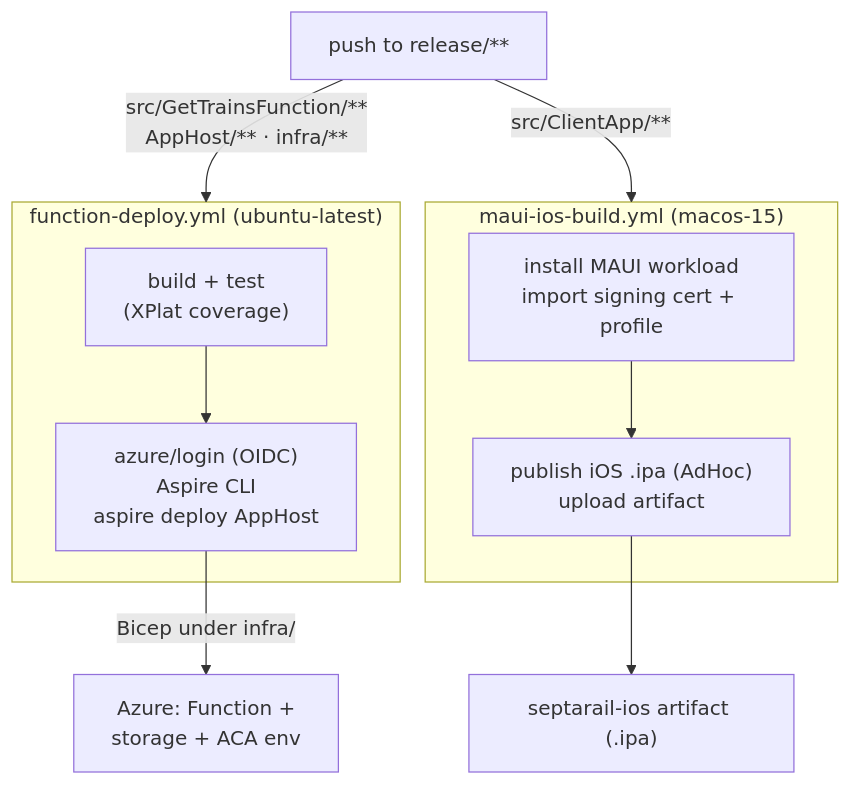
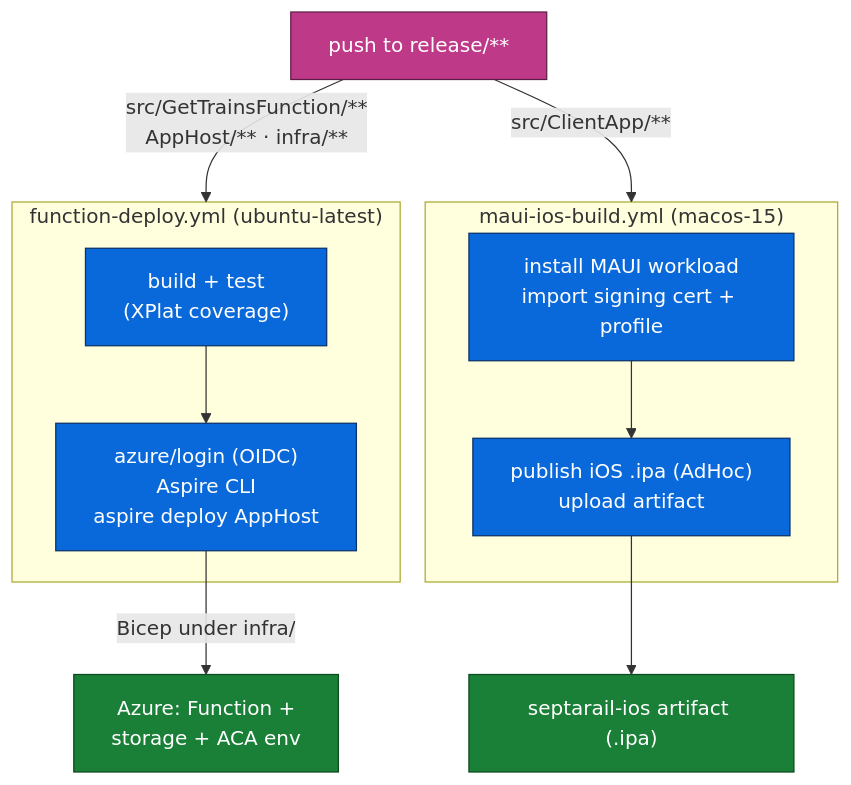
Before and after one commit to NavneetHegde/SeptaRail: the second of 2 diagrams in README.md, drawn with Mermaid. The commit also changed other lines of this file, not shown here.

Commit message:
Improve Mermaid diagram contrast with explicit node styling

````diff
--- a/README.md
+++ b/README.md
@@ -43,22 +50,29 @@
 ```mermaid
 flowchart TD
     push["push to release/**"]
 
     push -->|"src/GetTrainsFunction/**<br/>AppHost/** · infra/**"| FW["function-deploy.yml"]
     push -->|"src/ClientApp/**"| MW["maui-ios-build.yml"]
 
     subgraph FW["function-deploy.yml (ubuntu-latest)"]
         FB["build + test<br/>(XPlat coverage)"]
         FD["azure/login (OIDC)<br/>Aspire CLI<br/>aspire deploy AppHost"]
         FB --> FD
     end
 
     subgraph MW["maui-ios-build.yml (macos-15)"]
         MB["install MAUI workload<br/>import signing cert + profile"]
         MP["publish iOS .ipa (AdHoc)<br/>upload artifact"]
         MB --> MP
     end
 
     FD -->|"Bicep under infra/"| AZ["Azure: Function +<br/>storage + ACA env"]
     MP --> ART["septarail-ios artifact (.ipa)"]
+
+    classDef trigger fill:#bf3989,stroke:#5e1d47,stroke-width:1px,color:#ffffff;
+    classDef job fill:#0969da,stroke:#0a3069,stroke-width:1px,color:#ffffff;
+    classDef out fill:#1a7f37,stroke:#0c4a1f,stroke-width:1px,color:#ffffff;
+    class push trigger;
+    class FB,FD,MB,MP job;
+    class AZ,ART out;
 ```
````
